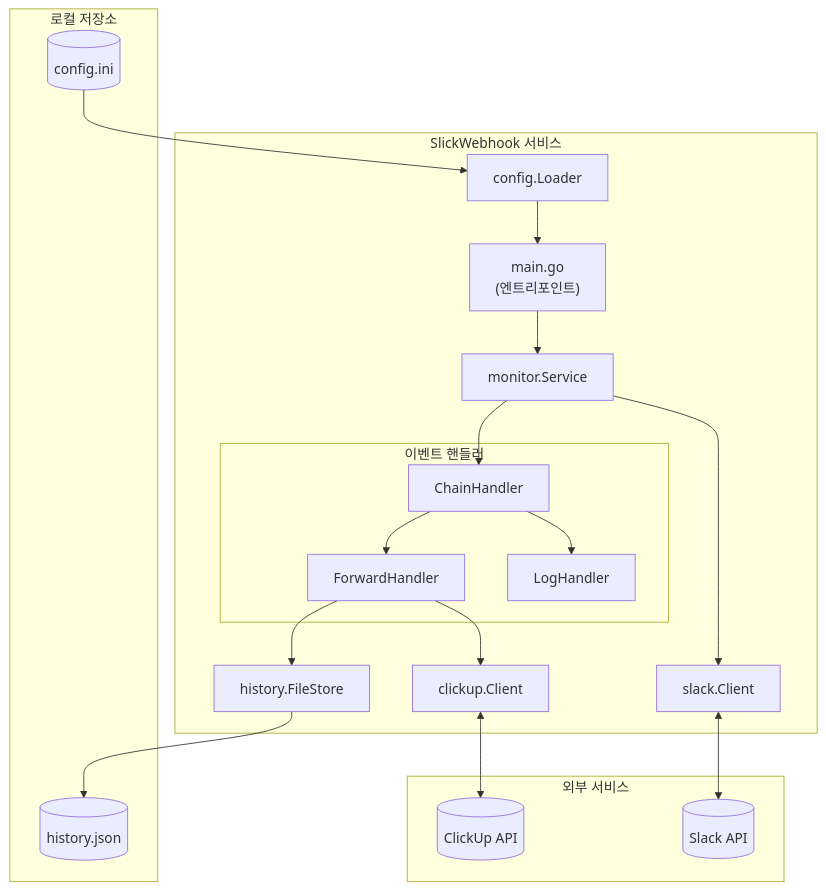
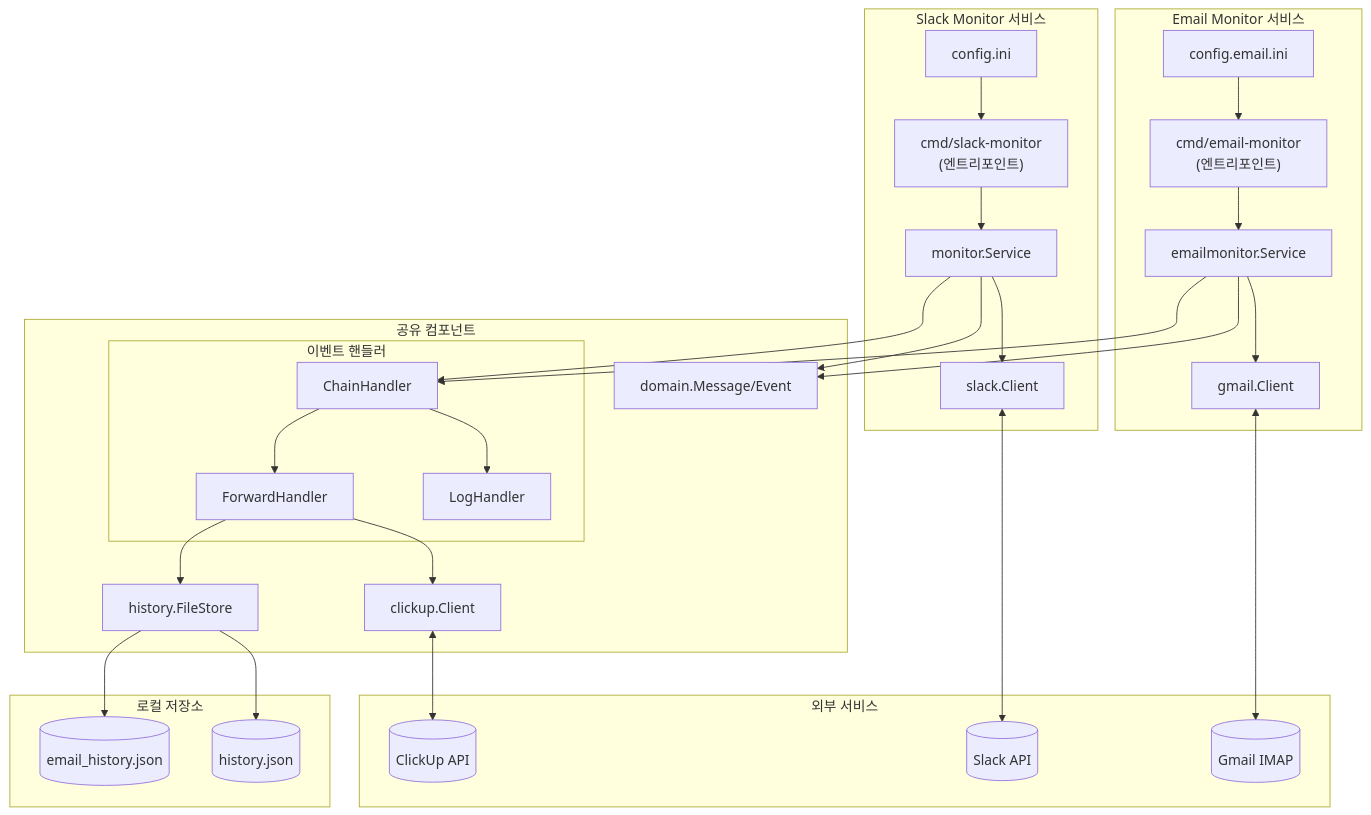
The first of 8 diagrams in docs/ARCHITECTURE.md (zime78/Slickwebhook), drawn with Mermaid before and after one commit. The commit also changed other lines of this file and 11 other files, not shown here.

Commit message:
feat: Email Monitor 기능 추가 - Gmail IMAP + XOAUTH2 인증 기반 이메일 모니터링 - Slack/Email 독립 빌드 타겟 분리 - 공통 이벤트 핸들러 및 ClickUp 연동

````diff
--- a/docs/ARCHITECTURE.md
+++ b/docs/ARCHITECTURE.md
@@ -11,41 +18,63 @@
 ```mermaid
 flowchart TB
     subgraph External["외부 서비스"]
         SLACK[("Slack API")]
+        GMAIL[("Gmail IMAP")]
         CLICKUP[("ClickUp API")]
     end
 
-    subgraph SlickWebhook["SlickWebhook 서비스"]
-        MAIN["main.go<br/>(엔트리포인트)"]
-        CONFIG["config.Loader"]
-        MONITOR["monitor.Service"]
+    subgraph SlackMonitor["Slack Monitor 서비스"]
+        SLACK_MAIN["cmd/slack-monitor<br/>(엔트리포인트)"]
+        SLACK_CONFIG["config.ini"]
+        SLACK_SERVICE["monitor.Service"]
+        SLACK_CLIENT["slack.Client"]
+    end
 
+    subgraph EmailMonitor["Email Monitor 서비스"]
+        EMAIL_MAIN["cmd/email-monitor<br/>(엔트리포인트)"]
+        EMAIL_CONFIG["config.email.ini"]
+        EMAIL_SERVICE["emailmonitor.Service"]
+        GMAIL_CLIENT["gmail.Client"]
+    end
+
+    subgraph SharedComponents["공유 컴포넌트"]
         subgraph Handlers["이벤트 핸들러"]
             CHAIN["ChainHandler"]
             LOG["LogHandler"]
             FWD["ForwardHandler"]
         end
-
-        SLACK_CLIENT["slack.Client"]
         CLICKUP_CLIENT["clickup.Client"]
         HISTORY["history.FileStore"]
+        DOMAIN["domain.Message/Event"]
     end
 
     subgraph Storage["로컬 저장소"]
-        CONFIG_FILE[("config.ini")]
-        HISTORY_FILE[("history.json")]
+        SLACK_HISTORY[("history.json")]
+        EMAIL_HISTORY[("email_history.json")]
     end
 
-    CONFIG_FILE --> CONFIG
-    CONFIG --> MAIN
-    MAIN --> MONITOR
-    MONITOR --> SLACK_CLIENT
+    %% Slack Monitor 흐름
+    SLACK_CONFIG --> SLACK_MAIN
+    SLACK_MAIN --> SLACK_SERVICE
+    SLACK_SERVICE --> SLACK_CLIENT
     SLACK_CLIENT <--> SLACK
-    MONITOR --> CHAIN
+    SLACK_SERVICE --> DOMAIN
+    SLACK_SERVICE --> CHAIN
+
+    %% Email Monitor 흐름
+    EMAIL_CONFIG --> EMAIL_MAIN
+    EMAIL_MAIN --> EMAIL_SERVICE
+    EMAIL_SERVICE --> GMAIL_CLIENT
+    GMAIL_CLIENT <--> GMAIL
+    EMAIL_SERVICE --> DOMAIN
+    EMAIL_SERVICE --> CHAIN
+
+    %% 공유 핸들러 흐름
     CHAIN --> LOG
     CHAIN --> FWD
     FWD --> CLICKUP_CLIENT
     CLICKUP_CLIENT <--> CLICKUP
     FWD --> HISTORY
-    HISTORY --> HISTORY_FILE
+    HISTORY --> SLACK_HISTORY
+    HISTORY --> EMAIL_HISTORY
 ```
````
